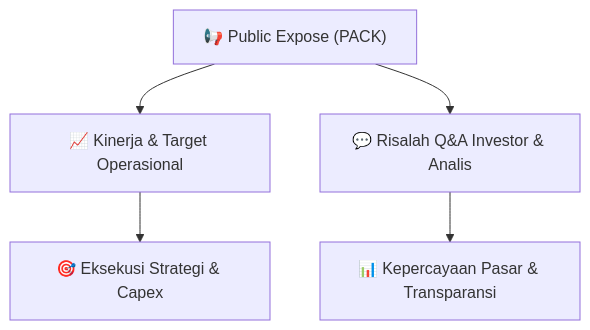
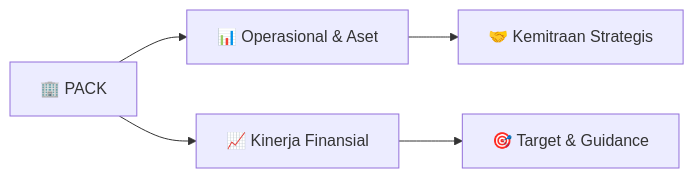
One commit to anYoneo/alphadigest-idx changed the diagram in reports/summaries/public-exposes/informasi-pubex/PACK_Public_Expose_20260909.md. Above: the diagram before and after it, drawn with Mermaid. The commit also changed other lines of this file and 526 other files, not shown here.

````diff
--- a/reports/summaries/public-exposes/informasi-pubex/PACK_Public_Expose_20260909.md
+++ b/reports/summaries/public-exposes/informasi-pubex/PACK_Public_Expose_20260909.md
@@ -40,7 +119,7 @@
 ```mermaid
-flowchart TD
-    A["📢 Public Expose (PACK)"] --> B["📈 Kinerja & Target Operasional"]
-    A --> C["💬 Risalah Q&A Investor & Analis"]
-    B --> D["🎯 Eksekusi Strategi & Capex"]
-    C --> E["📊 Kepercayaan Pasar & Transparansi"]
+flowchart LR
+    A["🏢 PACK"] --> B["📊 Operasional & Aset"]
+    A --> C["📈 Kinerja Finansial"]
+    B --> D["🤝 Kemitraan Strategis"]
+    C --> E["🎯 Target & Guidance"]
 ```
````
